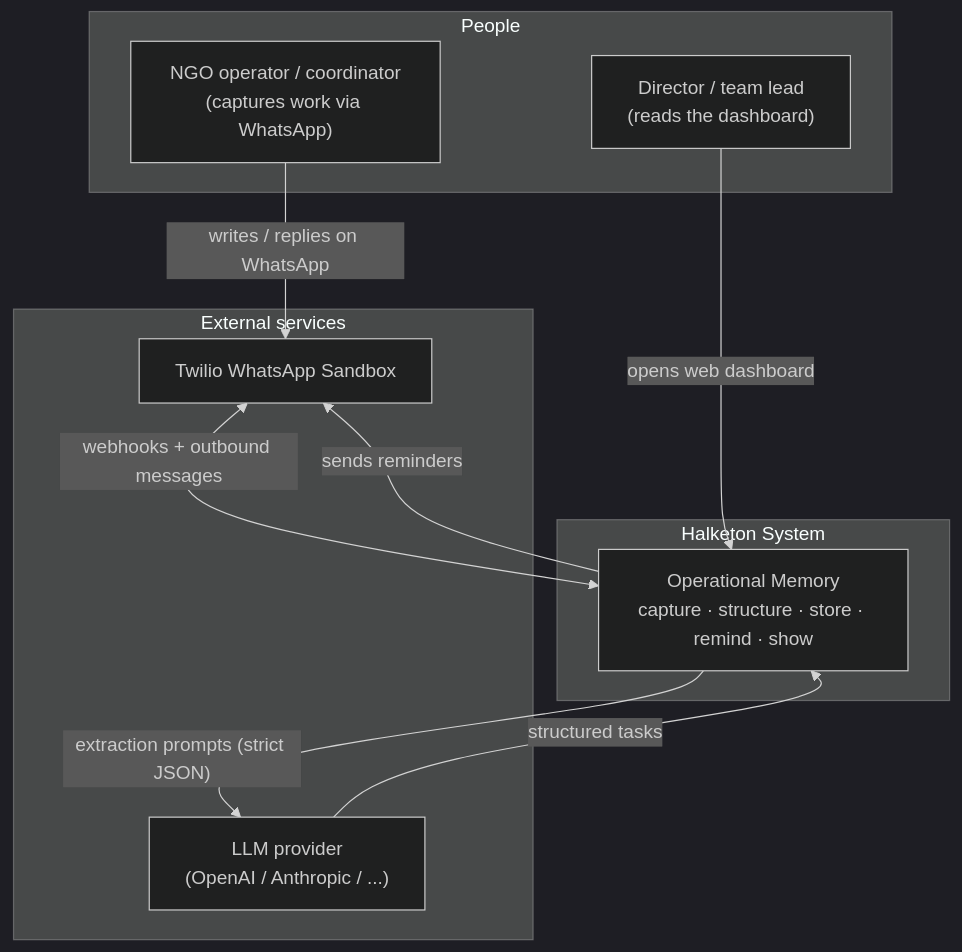
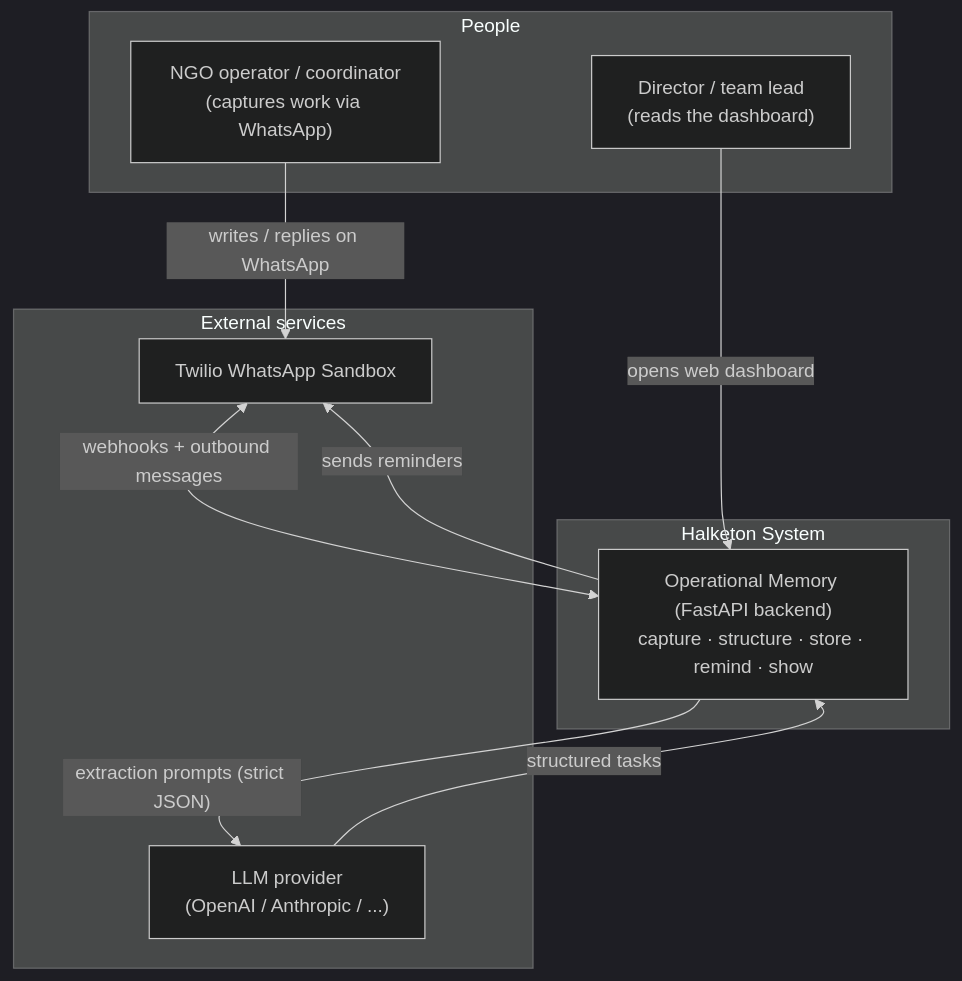
Before and after one commit to MateoBarbato/auto-mode-on: the first of 4 diagrams in docs/architecture/overview.md, drawn with Mermaid (dark theme). The commit also changed other lines of this file and 7 other files, not shown here.

First line of the commit message:
docs: pivot architecture to programmatic FastAPI pipeline (n8n scheduler-only)

````diff
--- a/docs/architecture/overview.md
+++ b/docs/architecture/overview.md
@@ -26,23 +27,23 @@
 ```mermaid
 flowchart TB
   subgraph people[People]
     operator["NGO operator / coordinator<br/>(captures work via WhatsApp)"]
     director["Director / team lead<br/>(reads the dashboard)"]
   end
 
   subgraph halketon[Halketon System]
-    core["Operational Memory<br/>capture · structure · store · remind · show"]
+    core["Operational Memory (FastAPI backend)<br/>capture · structure · store · remind · show"]
   end
 
   subgraph external[External services]
     twilio["Twilio WhatsApp Sandbox"]
     llm["LLM provider<br/>(OpenAI / Anthropic / ...)"]
   end
 
   operator -->|"writes / replies on WhatsApp"| twilio
   twilio <-->|"webhooks + outbound messages"| core
   core -->|"extraction prompts (strict JSON)"| llm
   llm -->|"structured tasks"| core
   director -->|"opens web dashboard"| core
   core -->|"sends reminders"| twilio
 ```
````
